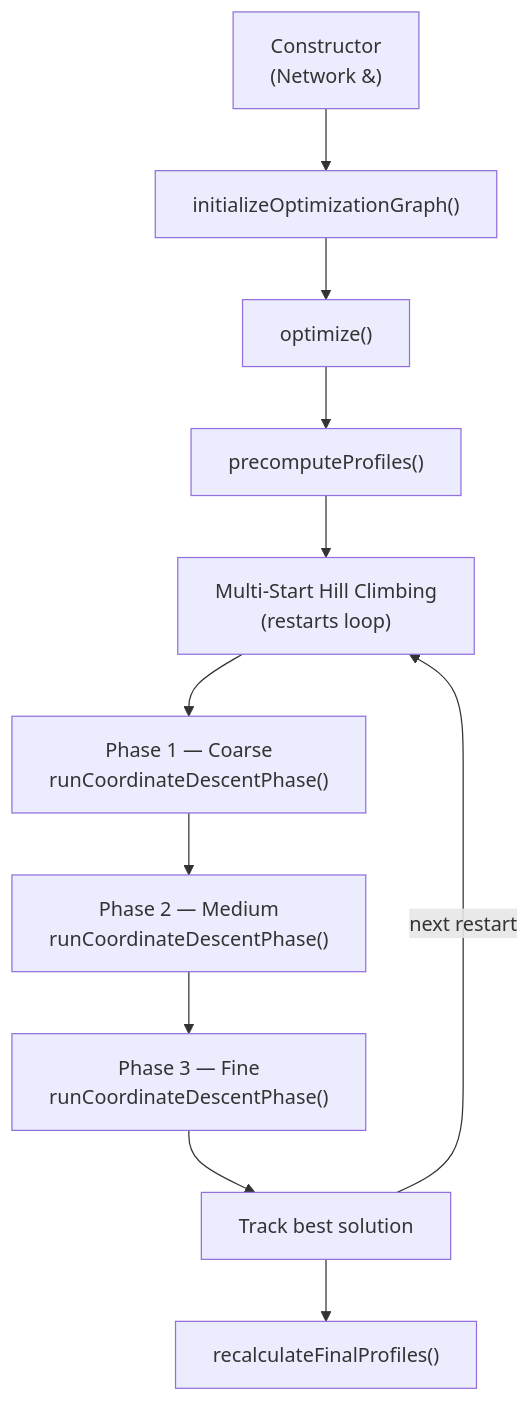
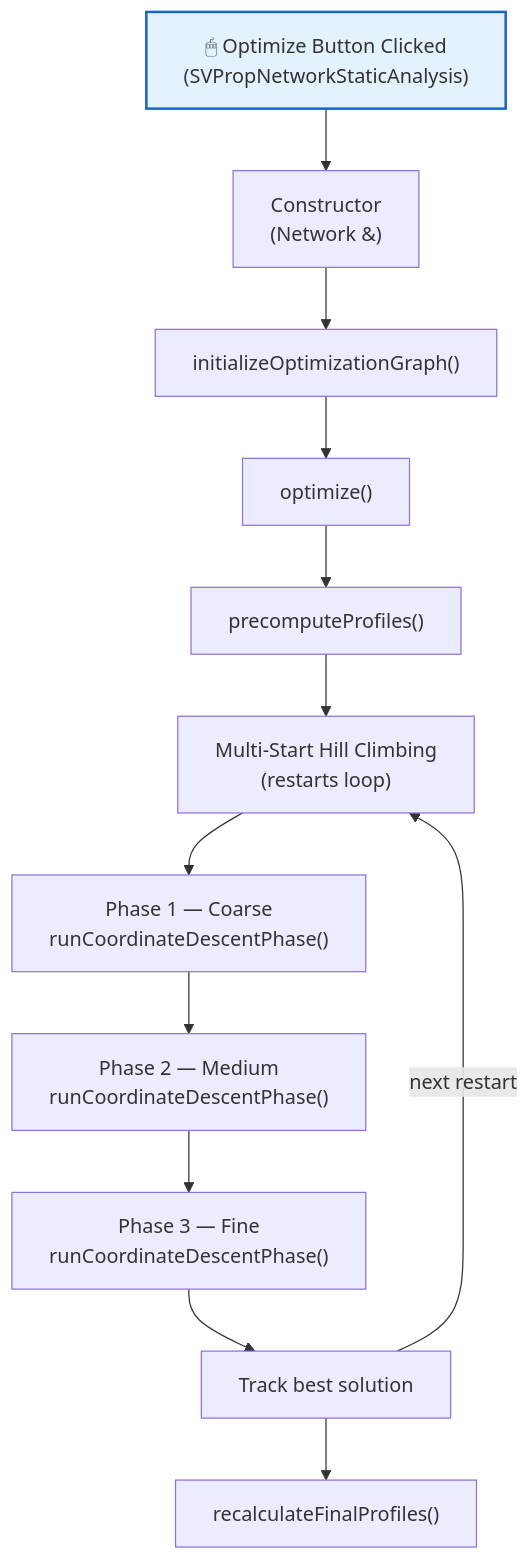
The first of 5 diagrams in NetworkDiversityOptimizer_Documentation_CPP.md (stutii-patel/time-shift-calc), drawn with Mermaid before and after one commit. The commit also changed other lines of this file, not shown here.

Commit message:
flowchart for optimize added

````diff
--- a/NetworkDiversityOptimizer_Documentation_CPP.md
+++ b/NetworkDiversityOptimizer_Documentation_CPP.md
@@ -7,13 +7,16 @@
 ```mermaid
 flowchart TD
+    UI["🖱 Optimize Button Clicked<br>(SVPropNetworkStaticAnalysis)"] --> A
     A["Constructor<br>(Network &amp;)"] --> B["initializeOptimizationGraph()"]
     B --> C["optimize()"]
     C --> D["precomputeProfiles()"]
     D --> E["Multi-Start Hill Climbing<br>(restarts loop)"]
     E --> F["Phase 1 — Coarse<br>runCoordinateDescentPhase()"]
     F --> G["Phase 2 — Medium<br>runCoordinateDescentPhase()"]
     G --> H["Phase 3 — Fine<br>runCoordinateDescentPhase()"]
     H --> I["Track best solution"]
     I -->|next restart| E
     I --> J["recalculateFinalProfiles()"]
+
+    style UI fill:#E3F2FD,stroke:#1565C0,stroke-width:2px
 ```
````
